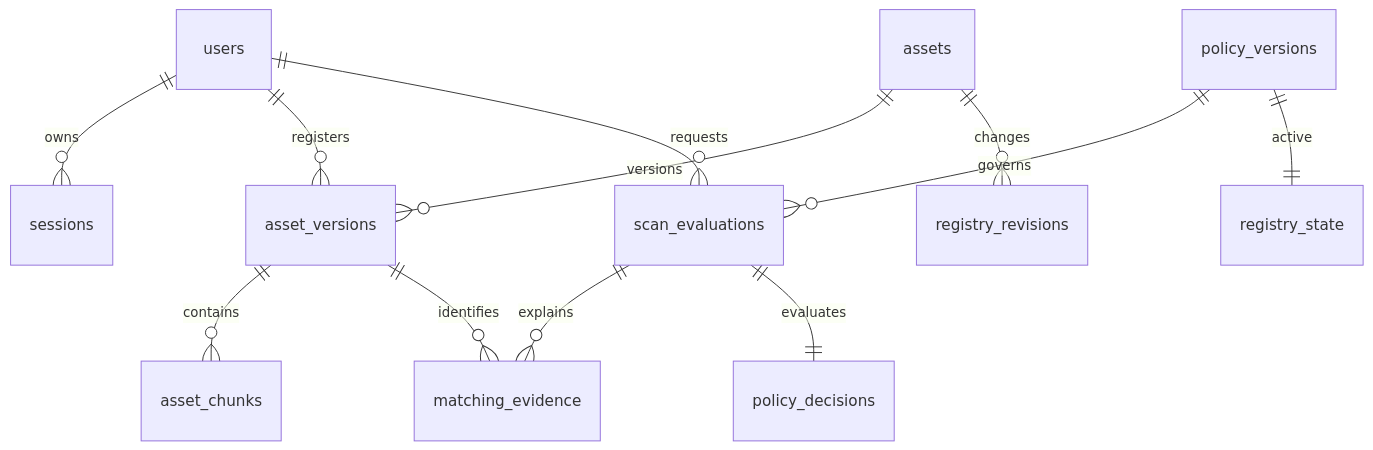
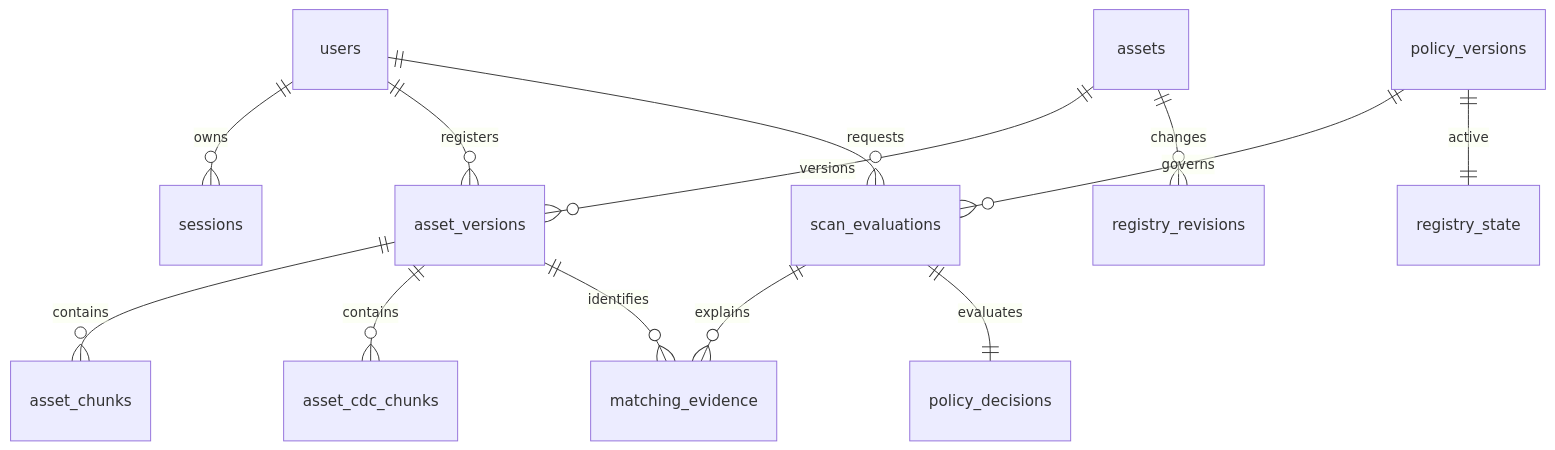
Before and after one commit to UsmanPrime/rootsentinel-dlp: the diagram in docs/database.md, drawn with Mermaid. The commit also changed other lines of this file and 13 other files, not shown here.

````diff
--- a/docs/database.md
+++ b/docs/database.md
@@ -23,14 +24,15 @@
 ```mermaid
 erDiagram
     users ||--o{ sessions : owns
     users ||--o{ asset_versions : registers
     assets ||--o{ asset_versions : versions
     assets ||--o{ registry_revisions : changes
     asset_versions ||--o{ asset_chunks : contains
+    asset_versions ||--o{ asset_cdc_chunks : contains
     policy_versions ||--o{ scan_evaluations : governs
     users ||--o{ scan_evaluations : requests
     scan_evaluations ||--o{ matching_evidence : explains
     asset_versions ||--o{ matching_evidence : identifies
     scan_evaluations ||--|| policy_decisions : evaluates
     policy_versions ||--|| registry_state : active
 ```
````
